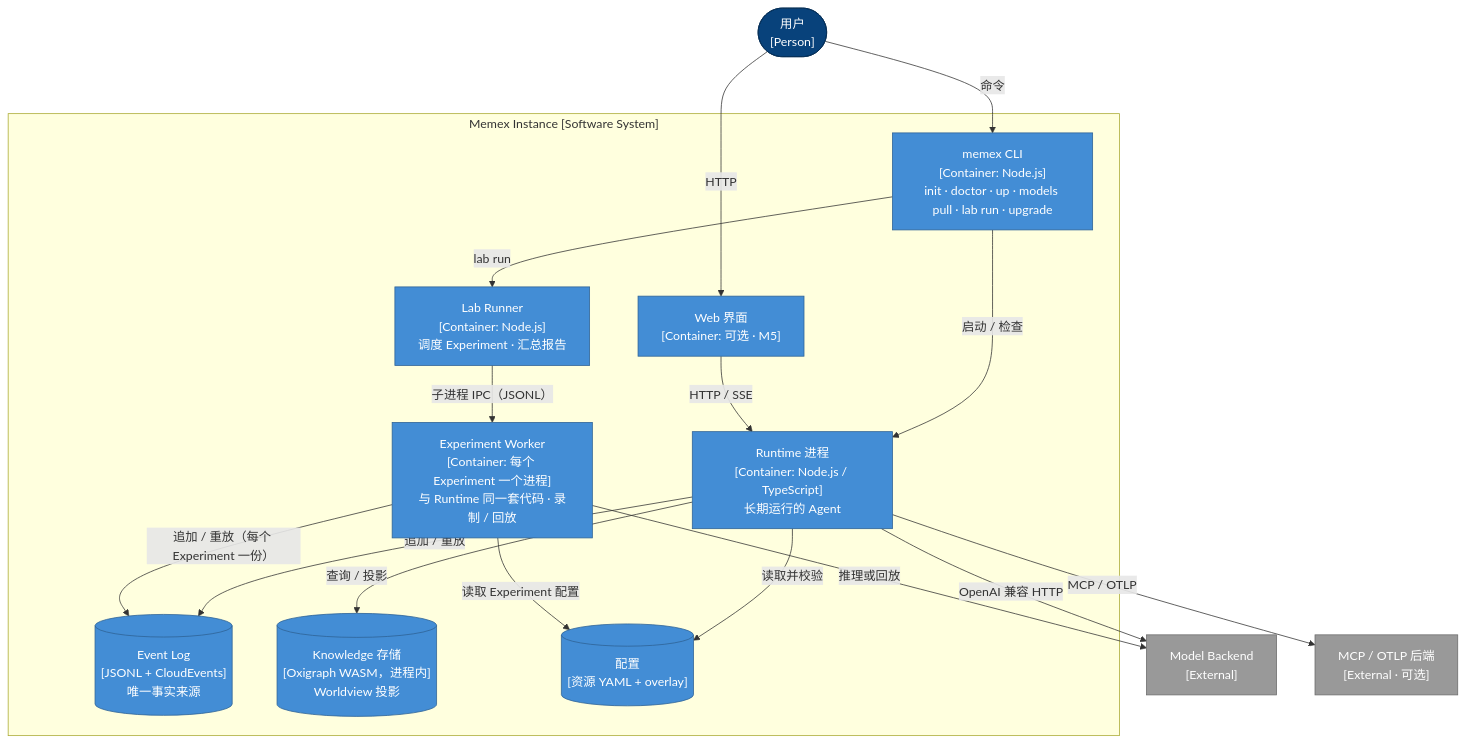
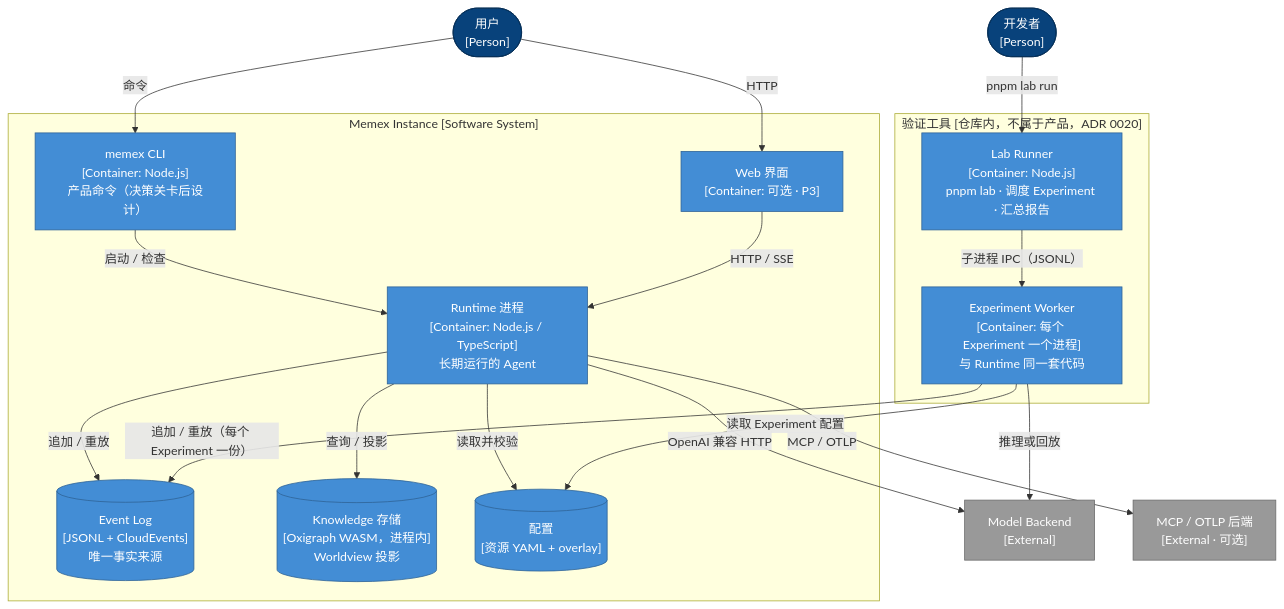
One commit to ClydeShen/memex changed the second of 4 diagrams in docs/architecture/c4.md. Above: the diagram before and after it, drawn with Mermaid. The commit also changed other lines of this file and 13 other files, not shown here.

````diff
--- a/docs/architecture/c4.md
+++ b/docs/architecture/c4.md
@@ -48,40 +48,43 @@
 ```mermaid
 flowchart TB
   user(["用户<br/>[Person]"])
   subgraph inst["Memex Instance [Software System]"]
-    cli["memex CLI<br/>[Container: Node.js]<br/>init · doctor · up · models pull · lab run · upgrade"]
-    web["Web 界面<br/>[Container: 可选 · M5]"]
+    cli["memex CLI<br/>[Container: Node.js]<br/>产品命令（决策关卡后设计）"]
+    web["Web 界面<br/>[Container: 可选 · P3]"]
     runtime["Runtime 进程<br/>[Container: Node.js / TypeScript]<br/>长期运行的 Agent"]
-    lab["Lab Runner<br/>[Container: Node.js]<br/>调度 Experiment · 汇总报告"]
-    worker["Experiment Worker<br/>[Container: 每个 Experiment 一个进程]<br/>与 Runtime 同一套代码 · 录制 / 回放"]
     log[("Event Log<br/>[JSONL + CloudEvents]<br/>唯一事实来源")]
     kg[("Knowledge 存储<br/>[Oxigraph WASM，进程内]<br/>Worldview 投影")]
     cfg[("配置<br/>[资源 YAML + overlay]")]
   end
+  subgraph val["验证工具 [仓库内，不属于产品，ADR 0020]"]
+    lab["Lab Runner<br/>[Container: Node.js]<br/>pnpm lab · 调度 Experiment · 汇总报告"]
+    worker["Experiment Worker<br/>[Container: 每个 Experiment 一个进程]<br/>与 Runtime 同一套代码"]
+  end
+  dev(["开发者<br/>[Person]"])
   backend["Model Backend<br/>[External]"]
   ext["MCP / OTLP 后端<br/>[External · 可选]"]
 
   user -->|命令| cli
   user -->|HTTP| web
   cli -->|启动 / 检查| runtime
-  cli -->|lab run| lab
+  dev -->|pnpm lab run| lab
   lab -->|"子进程 IPC（JSONL）"| worker
   web -->|"HTTP / SSE"| runtime
   runtime -->|追加 / 重放| log
   worker -->|"追加 / 重放（每个 Experiment 一份）"| log
   runtime -->|查询 / 投影| kg
   runtime -->|读取并校验| cfg
   worker -->|读取 Experiment 配置| cfg
   runtime -->|"OpenAI 兼容 HTTP"| backend
   worker -->|推理或回放| backend
   runtime -->|"MCP / OTLP"| ext
 
   classDef person fill:#08427b,color:#fff,stroke:#052e56
   classDef cont fill:#438dd5,color:#fff,stroke:#2e6295
   classDef db fill:#438dd5,color:#fff,stroke:#2e6295
   classDef ext fill:#999,color:#fff,stroke:#6b6b6b
-  class user person
+  class user,dev person
   class cli,web,runtime,lab,worker cont
   class log,kg,cfg db
   class backend,ext ext
 ```
````
